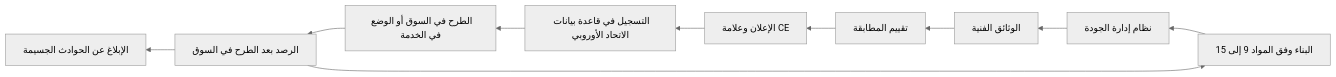
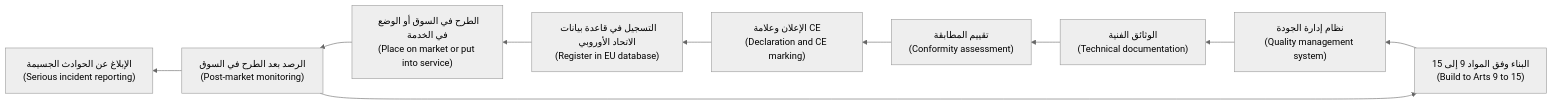
The second of 2 diagrams in aigp/modules/06-eu-ai-act.ar.md (Tamoura/system-design-for-vibe-coders), drawn with Mermaid (neutral theme) before and after one commit. The commit also changed other lines of this file and 62 other files, not shown here.

First line of the commit message:
Arabic editions: English on every diagram label, RTL fixes, rebuild

````diff
--- a/aigp/modules/06-eu-ai-act.ar.md
+++ b/aigp/modules/06-eu-ai-act.ar.md
@@ -336,12 +336,12 @@
 ```mermaid
 flowchart RL
-  A[البناء وفق المواد 9 إلى 15] --> B[نظام إدارة الجودة]
-  B --> C[الوثائق الفنية]
-  C --> D[تقييم المطابقة]
-  D --> E[الإعلان وعلامة CE]
-  E --> F[التسجيل في قاعدة بيانات الاتحاد الأوروبي]
-  F --> G[الطرح في السوق أو الوضع في الخدمة]
-  G --> H[الرصد بعد الطرح في السوق]
-  H --> I[الإبلاغ عن الحوادث الجسيمة]
+  A["البناء وفق المواد 9 إلى 15<br/>(Build to Arts 9 to 15)"] --> B["نظام إدارة الجودة<br/>(Quality management system)"]
+  B --> C["الوثائق الفنية<br/>(Technical documentation)"]
+  C --> D["تقييم المطابقة<br/>(Conformity assessment)"]
+  D --> E["الإعلان وعلامة CE<br/>(Declaration and CE marking)"]
+  E --> F["التسجيل في قاعدة بيانات الاتحاد الأوروبي<br/>(Register in EU database)"]
+  F --> G["الطرح في السوق أو الوضع في الخدمة<br/>(Place on market or put into service)"]
+  G --> H["الرصد بعد الطرح في السوق<br/>(Post-market monitoring)"]
+  H --> I["الإبلاغ عن الحوادث الجسيمة<br/>(Serious incident reporting)"]
   H --> A
 ```
````
